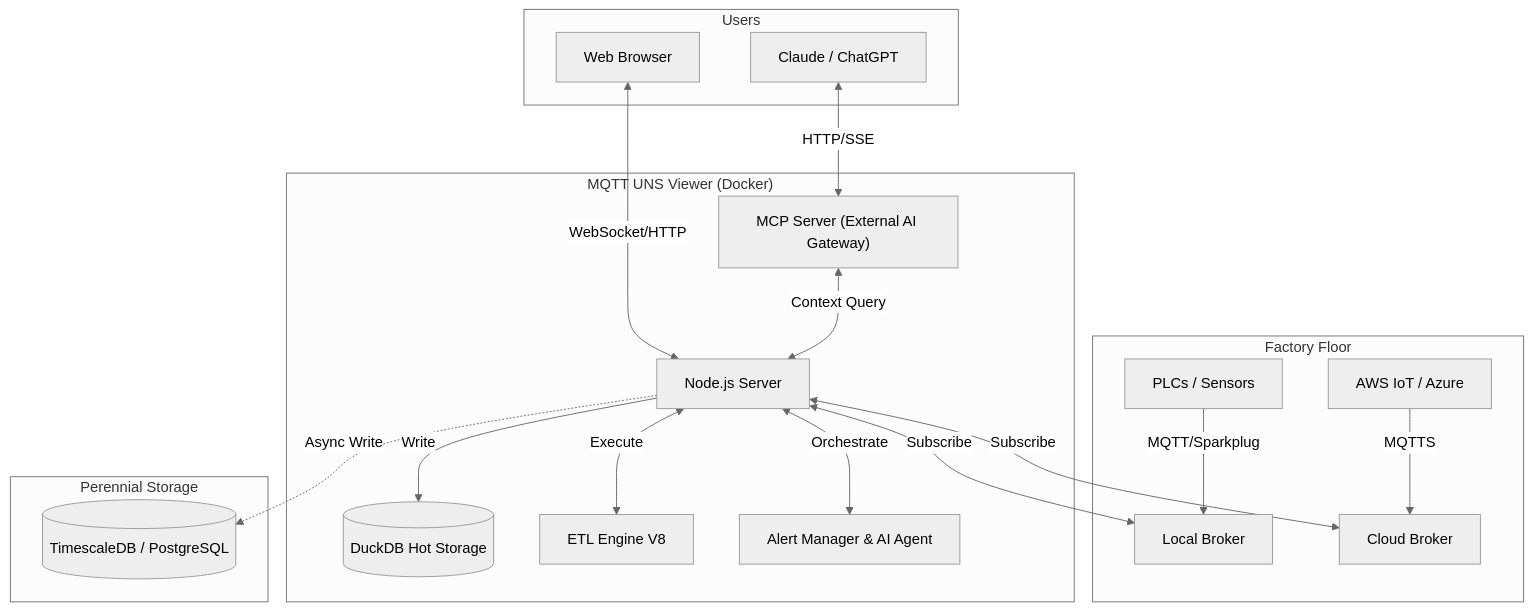
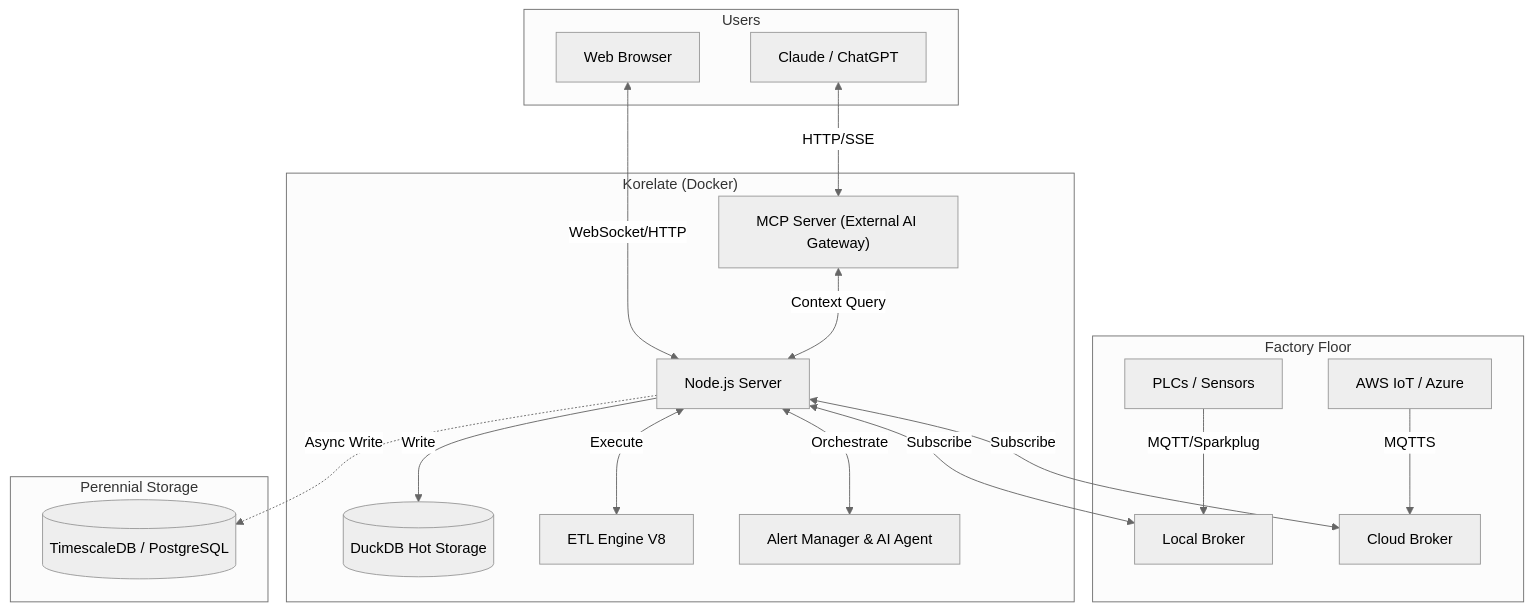
The diagram in README.md (slalaure/mqtt_uns_viewer), drawn with Mermaid (neutral theme) before and after one commit. The commit also changed other lines of this file and 15 other files, not shown here.

````diff
--- a/README.md
+++ b/README.md
@@ -54,33 +54,33 @@
 ```mermaid
 graph TD
     subgraph FactoryFloor ["Factory Floor"]
         PLC["PLCs / Sensors"] -->|MQTT/Sparkplug| Broker1["Local Broker"]
         Cloud["AWS IoT / Azure"] -->|MQTTS| Broker2["Cloud Broker"]
     end
 
-    subgraph UNSViewer ["MQTT UNS Viewer (Docker)"]
+    subgraph UNSViewer ["Korelate (Docker)"]
         Backend["Node.js Server"]
         DuckDB[("DuckDB Hot Storage")]
         Mapper["ETL Engine V8"]
         Alerts["Alert Manager & AI Agent"]
         MCP["MCP Server (External AI Gateway)"]
        
         Backend <-->|Subscribe| Broker1
         Backend <-->|Subscribe| Broker2
         Backend -->|Write| DuckDB
         Backend <-->|Execute| Mapper
         Backend <-->|Orchestrate| Alerts
         MCP <-->|Context Query| Backend
     end
 
     subgraph PerennialStorage ["Perennial Storage"]
         Timescale[("TimescaleDB / PostgreSQL")]
     end
 
     subgraph Users ["Users"]
         Browser["Web Browser"] <-->|WebSocket/HTTP| Backend
         Claude["Claude / ChatGPT"] <-->|HTTP/SSE| MCP
     end
 
     Backend -.->|Async Write| Timescale
 ```
````
